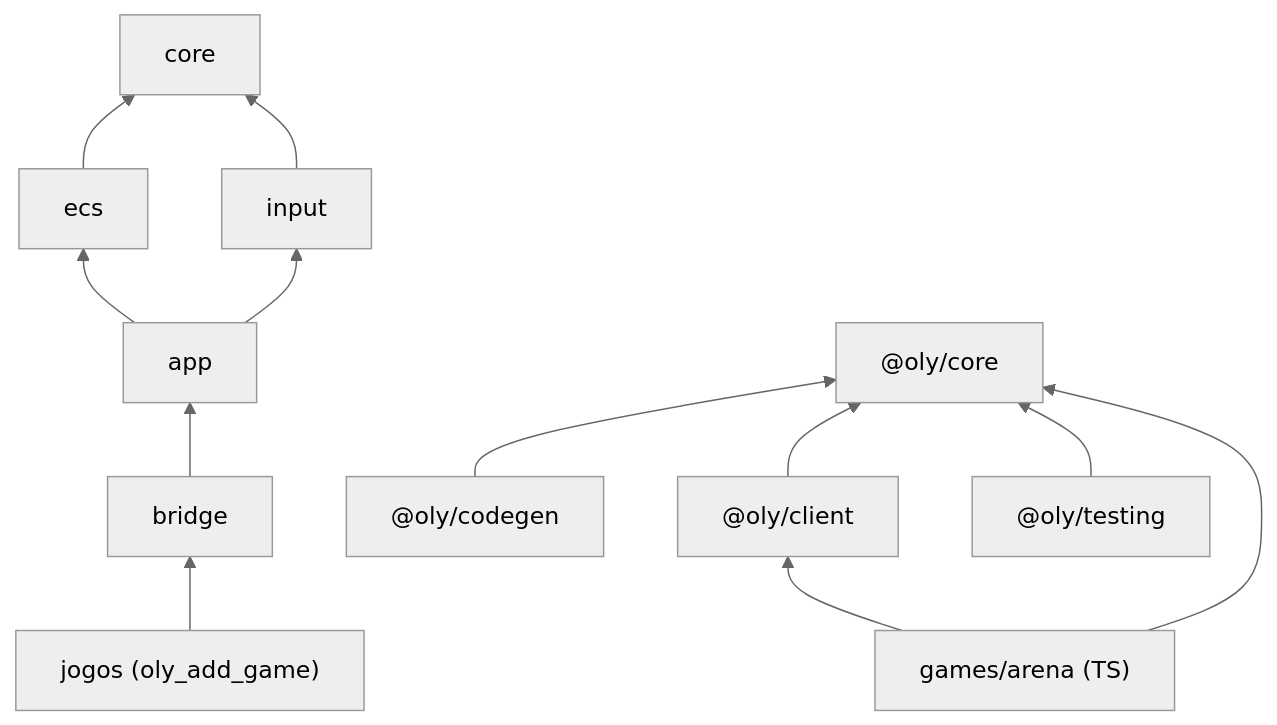
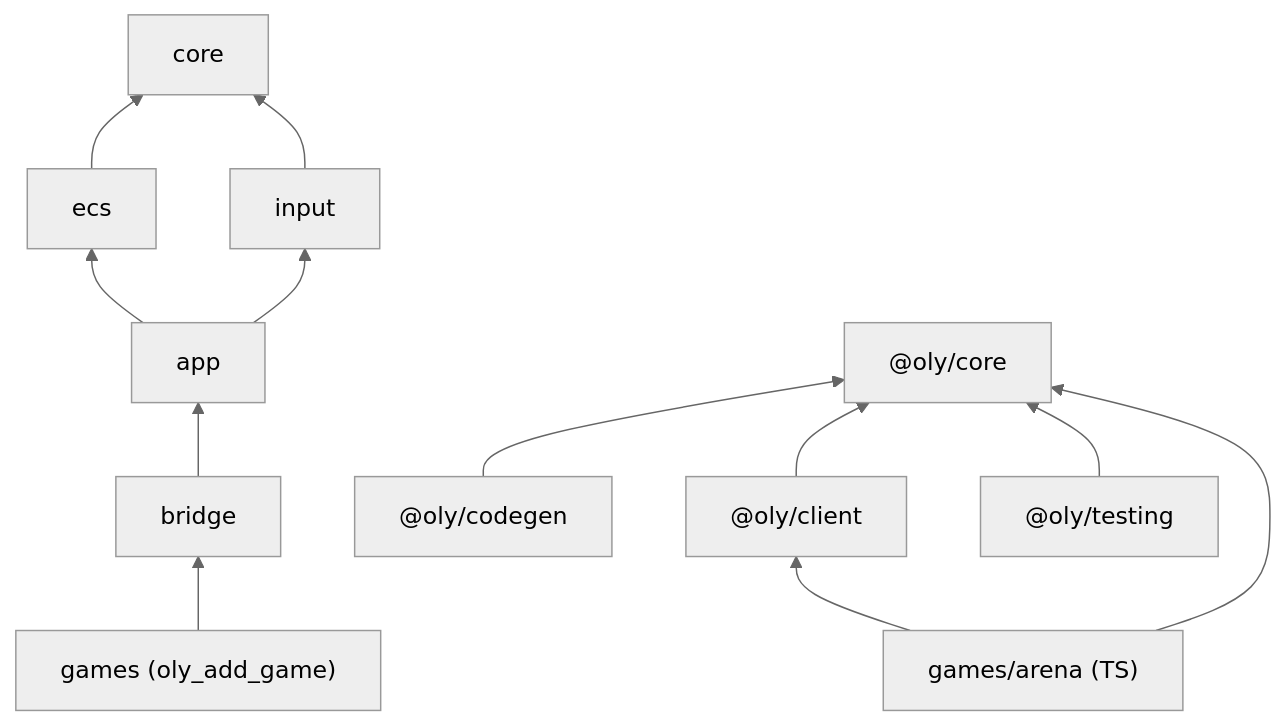
One commit to Danrley-Ruan-Saquetti/ECSArchetype changed the diagram in docs/architecture/modules-and-boundaries.md. Above: the diagram before and after it, drawn with Mermaid (neutral theme). The commit also changed other lines of this file and 22 other files, not shown here.

Commit message:
docs: translate README, architecture, development and benchmark docs to English

````diff
--- a/docs/architecture/modules-and-boundaries.md
+++ b/docs/architecture/modules-and-boundaries.md
@@ -5,14 +5,14 @@
 ```mermaid
 graph BT
   ecs --> core
   input --> core
   app --> ecs
   app --> input
   bridge --> app
-  games["jogos (oly_add_game)"] --> bridge
+  games["games (oly_add_game)"] --> bridge
   codegen["@oly/codegen"] --> tscore["@oly/core"]
   client["@oly/client"] --> tscore
   testing["@oly/testing"] --> tscore
   arena["games/arena (TS)"] --> tscore
   arena --> client
 ```
````
